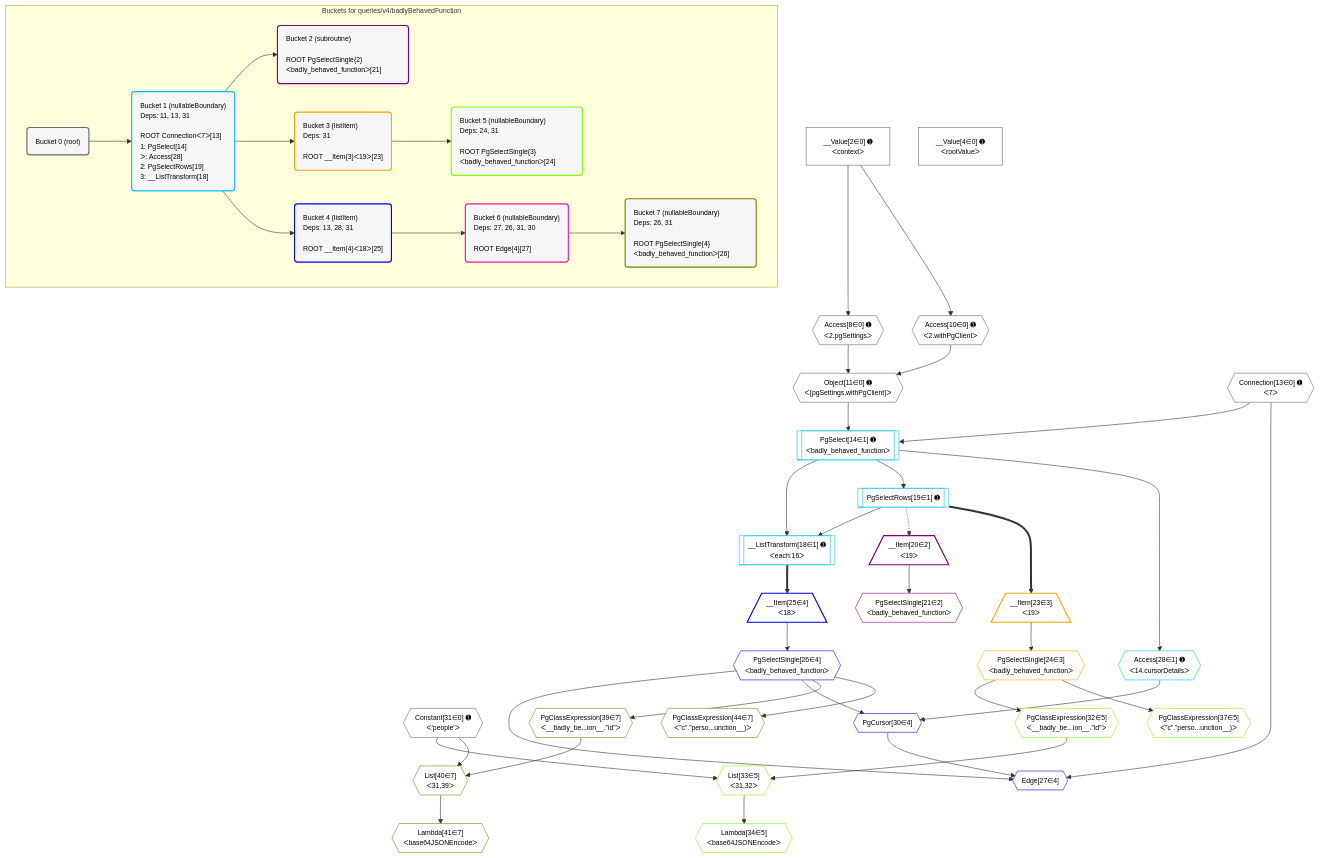
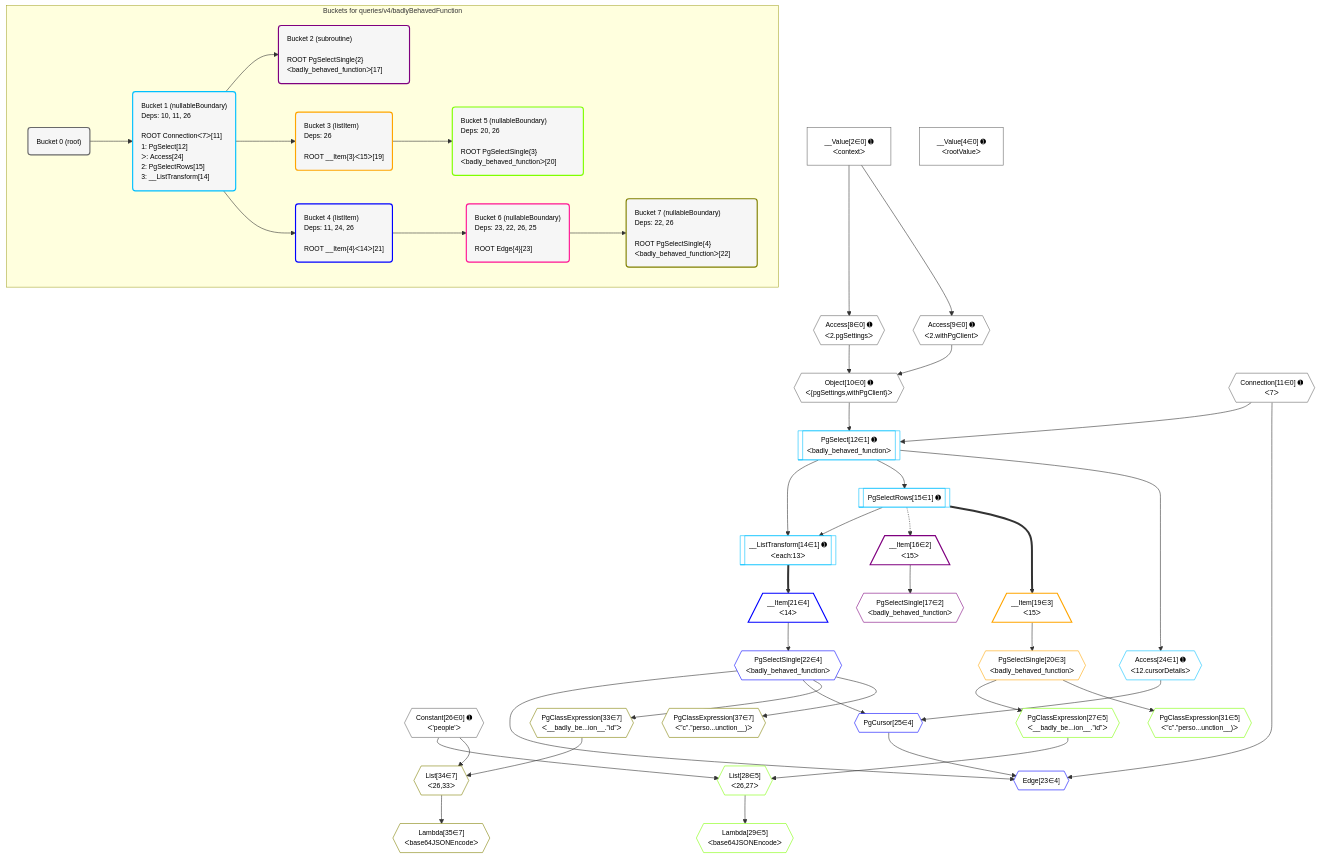
The diagram in postgraphile/postgraphile/__tests__/queries/v4/badlyBehavedFunction.mermaid (graphile/crystal), drawn with Mermaid before and after one commit. The commit also changed 380 other files, not shown here.

```diff
--- a/postgraphile/postgraphile/__tests__/queries/v4/badlyBehavedFunction.mermaid
+++ b/postgraphile/postgraphile/__tests__/queries/v4/badlyBehavedFunction.mermaid
@@ -1,94 +1,94 @@
 %%{init: {'themeVariables': { 'fontSize': '12px'}}}%%
 graph TD
     classDef path fill:#eee,stroke:#000,color:#000
     classDef plan fill:#fff,stroke-width:1px,color:#000
     classDef itemplan fill:#fff,stroke-width:2px,color:#000
     classDef unbatchedplan fill:#dff,stroke-width:1px,color:#000
     classDef sideeffectplan fill:#fcc,stroke-width:2px,color:#000
     classDef bucket fill:#f6f6f6,color:#000,stroke-width:2px,text-align:left
 
     subgraph "Buckets for queries/v4/badlyBehavedFunction"
     Bucket0("Bucket 0 (root)"):::bucket
-    Bucket1("Bucket 1 (nullableBoundary)<br />Deps: 11, 13, 31<br /><br />ROOT Connectionᐸ7ᐳ[13]<br />1: PgSelect[14]<br />ᐳ: Access[28]<br />2: PgSelectRows[19]<br />3: __ListTransform[18]"):::bucket
-    Bucket2("Bucket 2 (subroutine)<br /><br />ROOT PgSelectSingle{2}ᐸbadly_behaved_functionᐳ[21]"):::bucket
-    Bucket3("Bucket 3 (listItem)<br />Deps: 31<br /><br />ROOT __Item{3}ᐸ19ᐳ[23]"):::bucket
-    Bucket4("Bucket 4 (listItem)<br />Deps: 13, 28, 31<br /><br />ROOT __Item{4}ᐸ18ᐳ[25]"):::bucket
-    Bucket5("Bucket 5 (nullableBoundary)<br />Deps: 24, 31<br /><br />ROOT PgSelectSingle{3}ᐸbadly_behaved_functionᐳ[24]"):::bucket
-    Bucket6("Bucket 6 (nullableBoundary)<br />Deps: 27, 26, 31, 30<br /><br />ROOT Edge{4}[27]"):::bucket
-    Bucket7("Bucket 7 (nullableBoundary)<br />Deps: 26, 31<br /><br />ROOT PgSelectSingle{4}ᐸbadly_behaved_functionᐳ[26]"):::bucket
+    Bucket1("Bucket 1 (nullableBoundary)<br />Deps: 10, 11, 26<br /><br />ROOT Connectionᐸ7ᐳ[11]<br />1: PgSelect[12]<br />ᐳ: Access[24]<br />2: PgSelectRows[15]<br />3: __ListTransform[14]"):::bucket
+    Bucket2("Bucket 2 (subroutine)<br /><br />ROOT PgSelectSingle{2}ᐸbadly_behaved_functionᐳ[17]"):::bucket
+    Bucket3("Bucket 3 (listItem)<br />Deps: 26<br /><br />ROOT __Item{3}ᐸ15ᐳ[19]"):::bucket
+    Bucket4("Bucket 4 (listItem)<br />Deps: 11, 24, 26<br /><br />ROOT __Item{4}ᐸ14ᐳ[21]"):::bucket
+    Bucket5("Bucket 5 (nullableBoundary)<br />Deps: 20, 26<br /><br />ROOT PgSelectSingle{3}ᐸbadly_behaved_functionᐳ[20]"):::bucket
+    Bucket6("Bucket 6 (nullableBoundary)<br />Deps: 23, 22, 26, 25<br /><br />ROOT Edge{4}[23]"):::bucket
+    Bucket7("Bucket 7 (nullableBoundary)<br />Deps: 22, 26<br /><br />ROOT PgSelectSingle{4}ᐸbadly_behaved_functionᐳ[22]"):::bucket
     end
     Bucket0 --> Bucket1
     Bucket1 --> Bucket2 & Bucket3 & Bucket4
     Bucket3 --> Bucket5
     Bucket4 --> Bucket6
     Bucket6 --> Bucket7
 
     %% plan dependencies
-    Object11{{"Object[11∈0] ➊<br />ᐸ{pgSettings,withPgClient}ᐳ"}}:::plan
+    Object10{{"Object[10∈0] ➊<br />ᐸ{pgSettings,withPgClient}ᐳ"}}:::plan
     Access8{{"Access[8∈0] ➊<br />ᐸ2.pgSettingsᐳ"}}:::plan
-    Access10{{"Access[10∈0] ➊<br />ᐸ2.withPgClientᐳ"}}:::plan
-    Access8 & Access10 --> Object11
+    Access9{{"Access[9∈0] ➊<br />ᐸ2.withPgClientᐳ"}}:::plan
+    Access8 & Access9 --> Object10
     __Value2["__Value[2∈0] ➊<br />ᐸcontextᐳ"]:::plan
     __Value2 --> Access8
-    __Value2 --> Access10
+    __Value2 --> Access9
     __Value4["__Value[4∈0] ➊<br />ᐸrootValueᐳ"]:::plan
-    Connection13{{"Connection[13∈0] ➊<br />ᐸ7ᐳ"}}:::plan
-    Constant31{{"Constant[31∈0] ➊<br />ᐸ'people'ᐳ"}}:::plan
-    PgSelect14[["PgSelect[14∈1] ➊<br />ᐸbadly_behaved_functionᐳ"]]:::plan
-    Object11 & Connection13 --> PgSelect14
-    __ListTransform18[["__ListTransform[18∈1] ➊<br />ᐸeach:16ᐳ"]]:::plan
-    PgSelectRows19[["PgSelectRows[19∈1] ➊"]]:::plan
-    PgSelectRows19 & PgSelect14 --> __ListTransform18
-    PgSelect14 --> PgSelectRows19
-    Access28{{"Access[28∈1] ➊<br />ᐸ14.cursorDetailsᐳ"}}:::plan
-    PgSelect14 --> Access28
-    __Item20[/"__Item[20∈2]<br />ᐸ19ᐳ"\]:::itemplan
-    PgSelectRows19 -.-> __Item20
-    PgSelectSingle21{{"PgSelectSingle[21∈2]<br />ᐸbadly_behaved_functionᐳ"}}:::plan
-    __Item20 --> PgSelectSingle21
-    __Item23[/"__Item[23∈3]<br />ᐸ19ᐳ"\]:::itemplan
-    PgSelectRows19 ==> __Item23
-    PgSelectSingle24{{"PgSelectSingle[24∈3]<br />ᐸbadly_behaved_functionᐳ"}}:::plan
-    __Item23 --> PgSelectSingle24
-    List33{{"List[33∈5]<br />ᐸ31,32ᐳ"}}:::plan
-    PgClassExpression32{{"PgClassExpression[32∈5]<br />ᐸ__badly_be...ion__.”id”ᐳ"}}:::plan
-    Constant31 & PgClassExpression32 --> List33
-    PgSelectSingle24 --> PgClassExpression32
-    Lambda34{{"Lambda[34∈5]<br />ᐸbase64JSONEncodeᐳ"}}:::plan
-    List33 --> Lambda34
-    PgClassExpression37{{"PgClassExpression[37∈5]<br />ᐸ”c”.”perso...unction__)ᐳ"}}:::plan
-    PgSelectSingle24 --> PgClassExpression37
-    Edge27{{"Edge[27∈4]"}}:::plan
-    PgSelectSingle26{{"PgSelectSingle[26∈4]<br />ᐸbadly_behaved_functionᐳ"}}:::plan
-    PgCursor30{{"PgCursor[30∈4]"}}:::plan
-    PgSelectSingle26 & PgCursor30 & Connection13 --> Edge27
-    PgSelectSingle26 & Access28 --> PgCursor30
-    __Item25[/"__Item[25∈4]<br />ᐸ18ᐳ"\]:::itemplan
-    __ListTransform18 ==> __Item25
-    __Item25 --> PgSelectSingle26
-    List40{{"List[40∈7]<br />ᐸ31,39ᐳ"}}:::plan
-    PgClassExpression39{{"PgClassExpression[39∈7]<br />ᐸ__badly_be...ion__.”id”ᐳ"}}:::plan
-    Constant31 & PgClassExpression39 --> List40
-    PgSelectSingle26 --> PgClassExpression39
-    Lambda41{{"Lambda[41∈7]<br />ᐸbase64JSONEncodeᐳ"}}:::plan
-    List40 --> Lambda41
-    PgClassExpression44{{"PgClassExpression[44∈7]<br />ᐸ”c”.”perso...unction__)ᐳ"}}:::plan
-    PgSelectSingle26 --> PgClassExpression44
+    Connection11{{"Connection[11∈0] ➊<br />ᐸ7ᐳ"}}:::plan
+    Constant26{{"Constant[26∈0] ➊<br />ᐸ'people'ᐳ"}}:::plan
+    PgSelect12[["PgSelect[12∈1] ➊<br />ᐸbadly_behaved_functionᐳ"]]:::plan
+    Object10 & Connection11 --> PgSelect12
+    __ListTransform14[["__ListTransform[14∈1] ➊<br />ᐸeach:13ᐳ"]]:::plan
+    PgSelectRows15[["PgSelectRows[15∈1] ➊"]]:::plan
+    PgSelectRows15 & PgSelect12 --> __ListTransform14
+    PgSelect12 --> PgSelectRows15
+    Access24{{"Access[24∈1] ➊<br />ᐸ12.cursorDetailsᐳ"}}:::plan
+    PgSelect12 --> Access24
+    __Item16[/"__Item[16∈2]<br />ᐸ15ᐳ"\]:::itemplan
+    PgSelectRows15 -.-> __Item16
+    PgSelectSingle17{{"PgSelectSingle[17∈2]<br />ᐸbadly_behaved_functionᐳ"}}:::plan
+    __Item16 --> PgSelectSingle17
+    __Item19[/"__Item[19∈3]<br />ᐸ15ᐳ"\]:::itemplan
+    PgSelectRows15 ==> __Item19
+    PgSelectSingle20{{"PgSelectSingle[20∈3]<br />ᐸbadly_behaved_functionᐳ"}}:::plan
+    __Item19 --> PgSelectSingle20
+    List28{{"List[28∈5]<br />ᐸ26,27ᐳ"}}:::plan
+    PgClassExpression27{{"PgClassExpression[27∈5]<br />ᐸ__badly_be...ion__.”id”ᐳ"}}:::plan
+    Constant26 & PgClassExpression27 --> List28
+    PgSelectSingle20 --> PgClassExpression27
+    Lambda29{{"Lambda[29∈5]<br />ᐸbase64JSONEncodeᐳ"}}:::plan
+    List28 --> Lambda29
+    PgClassExpression31{{"PgClassExpression[31∈5]<br />ᐸ”c”.”perso...unction__)ᐳ"}}:::plan
+    PgSelectSingle20 --> PgClassExpression31
+    Edge23{{"Edge[23∈4]"}}:::plan
+    PgSelectSingle22{{"PgSelectSingle[22∈4]<br />ᐸbadly_behaved_functionᐳ"}}:::plan
+    PgCursor25{{"PgCursor[25∈4]"}}:::plan
+    PgSelectSingle22 & PgCursor25 & Connection11 --> Edge23
+    PgSelectSingle22 & Access24 --> PgCursor25
+    __Item21[/"__Item[21∈4]<br />ᐸ14ᐳ"\]:::itemplan
+    __ListTransform14 ==> __Item21
+    __Item21 --> PgSelectSingle22
+    List34{{"List[34∈7]<br />ᐸ26,33ᐳ"}}:::plan
+    PgClassExpression33{{"PgClassExpression[33∈7]<br />ᐸ__badly_be...ion__.”id”ᐳ"}}:::plan
+    Constant26 & PgClassExpression33 --> List34
+    PgSelectSingle22 --> PgClassExpression33
+    Lambda35{{"Lambda[35∈7]<br />ᐸbase64JSONEncodeᐳ"}}:::plan
+    List34 --> Lambda35
+    PgClassExpression37{{"PgClassExpression[37∈7]<br />ᐸ”c”.”perso...unction__)ᐳ"}}:::plan
+    PgSelectSingle22 --> PgClassExpression37
 
     %% define steps
     classDef bucket0 stroke:#696969
-    class Bucket0,__Value2,__Value4,Access8,Access10,Object11,Connection13,Constant31 bucket0
+    class Bucket0,__Value2,__Value4,Access8,Access9,Object10,Connection11,Constant26 bucket0
     classDef bucket1 stroke:#00bfff
-    class Bucket1,PgSelect14,__ListTransform18,PgSelectRows19,Access28 bucket1
+    class Bucket1,PgSelect12,__ListTransform14,PgSelectRows15,Access24 bucket1
     classDef bucket2 stroke:#7f007f
-    class Bucket2,__Item20,PgSelectSingle21 bucket2
+    class Bucket2,__Item16,PgSelectSingle17 bucket2
     classDef bucket3 stroke:#ffa500
-    class Bucket3,__Item23,PgSelectSingle24 bucket3
+    class Bucket3,__Item19,PgSelectSingle20 bucket3
     classDef bucket4 stroke:#0000ff
-    class Bucket4,__Item25,PgSelectSingle26,Edge27,PgCursor30 bucket4
+    class Bucket4,__Item21,PgSelectSingle22,Edge23,PgCursor25 bucket4
     classDef bucket5 stroke:#7fff00
-    class Bucket5,PgClassExpression32,List33,Lambda34,PgClassExpression37 bucket5
+    class Bucket5,PgClassExpression27,List28,Lambda29,PgClassExpression31 bucket5
     classDef bucket6 stroke:#ff1493
     class Bucket6 bucket6
     classDef bucket7 stroke:#808000
-    class Bucket7,PgClassExpression39,List40,Lambda41,PgClassExpression44 bucket7
+    class Bucket7,PgClassExpression33,List34,Lambda35,PgClassExpression37 bucket7
```
